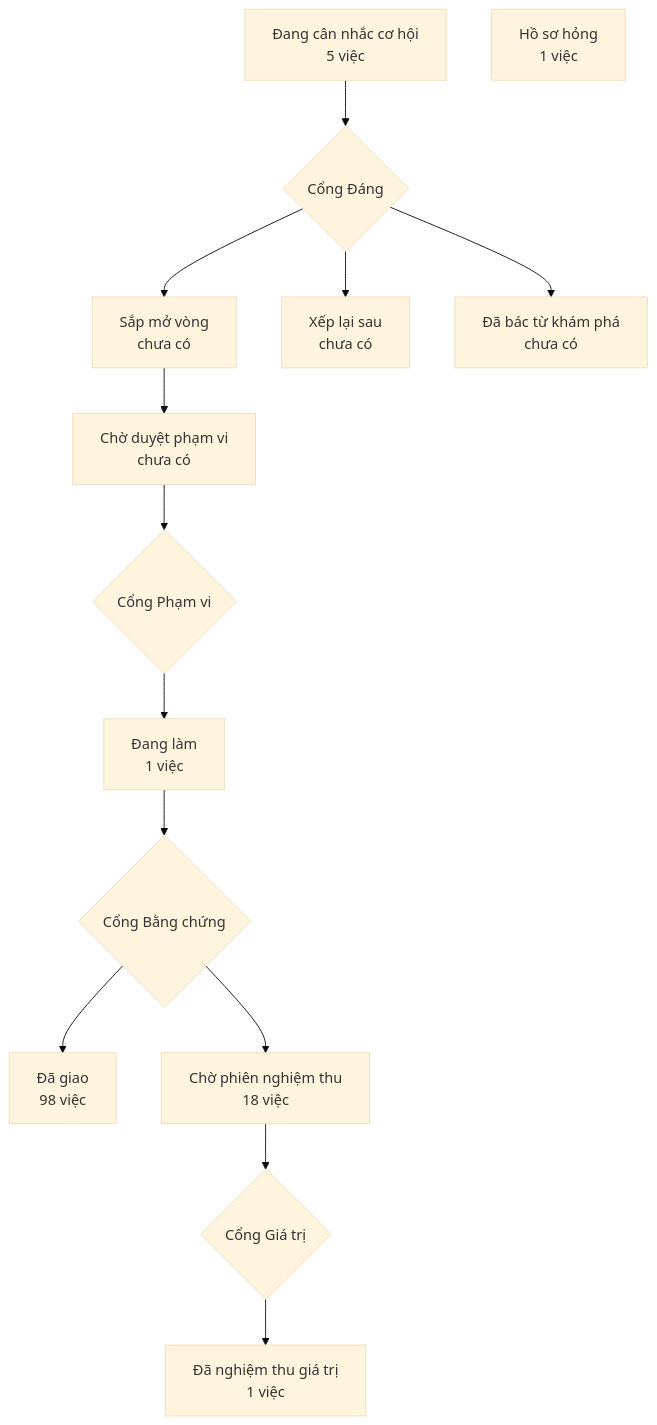
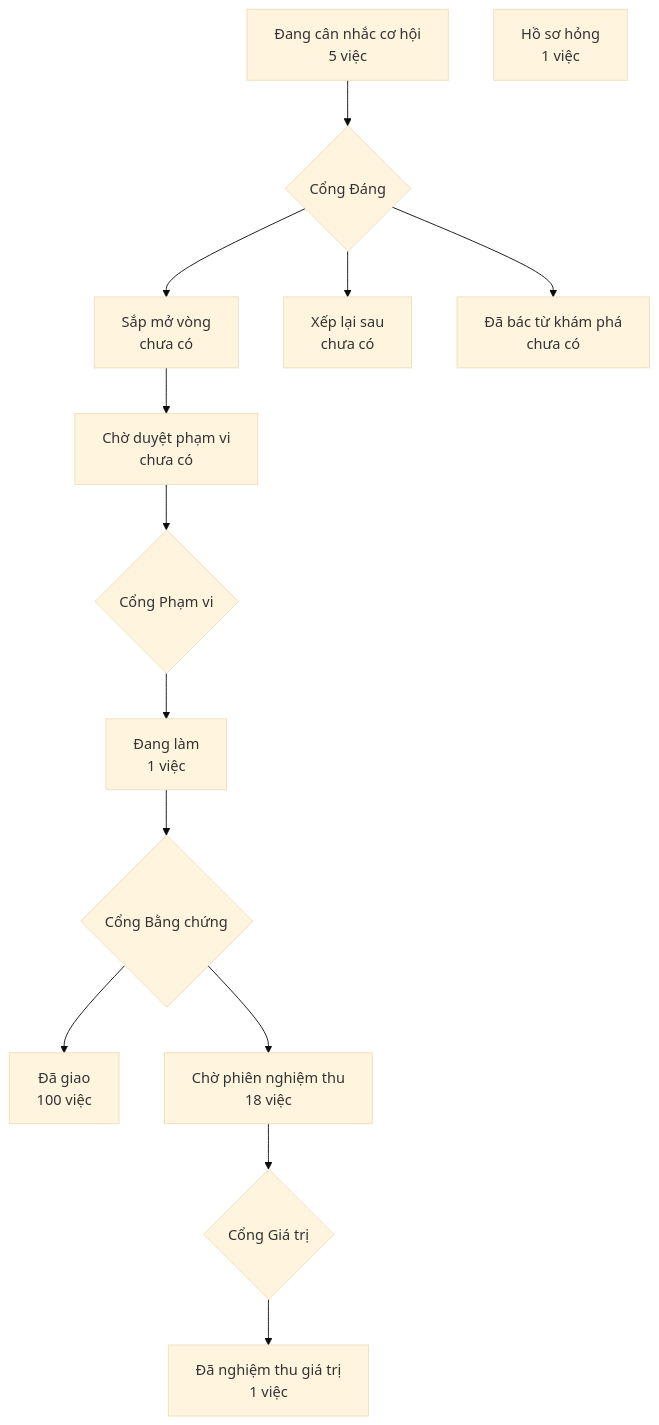
The diagram in PRODUCT-MAP.md (phanlemanh/crm-onehub), drawn with Mermaid (base theme) before and after one commit.

Commit message:
docs(product-map): vẽ lại sau gộp onehub

````diff
--- a/PRODUCT-MAP.md
+++ b/PRODUCT-MAP.md
@@ -6,13 +6,13 @@
 ```mermaid
 flowchart TD
   A["Đang cân nhắc cơ hội<br/>5 việc"] --> GD{"Cổng Đáng"}
   GD --> B["Sắp mở vòng<br/>chưa có"]
   GD --> XL["Xếp lại sau<br/>chưa có"]
   GD --> DB["Đã bác từ khám phá<br/>chưa có"]
   B --> CD["Chờ duyệt phạm vi<br/>chưa có"] --> GP{"Cổng Phạm vi"}
   GP --> DL["Đang làm<br/>1 việc"] --> GB{"Cổng Bằng chứng"}
-  GB --> DG["Đã giao<br/>98 việc"]
+  GB --> DG["Đã giao<br/>100 việc"]
   GB --> CN["Chờ phiên nghiệm thu<br/>18 việc"] --> GG{"Cổng Giá trị"}
   GG --> NT["Đã nghiệm thu giá trị<br/>1 việc"]
   HS["Hồ sơ hỏng<br/>1 việc"]
 ```
````
